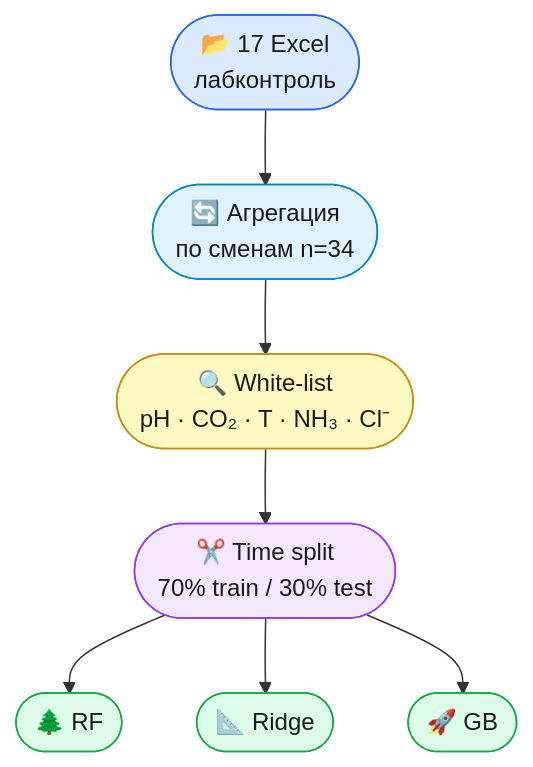
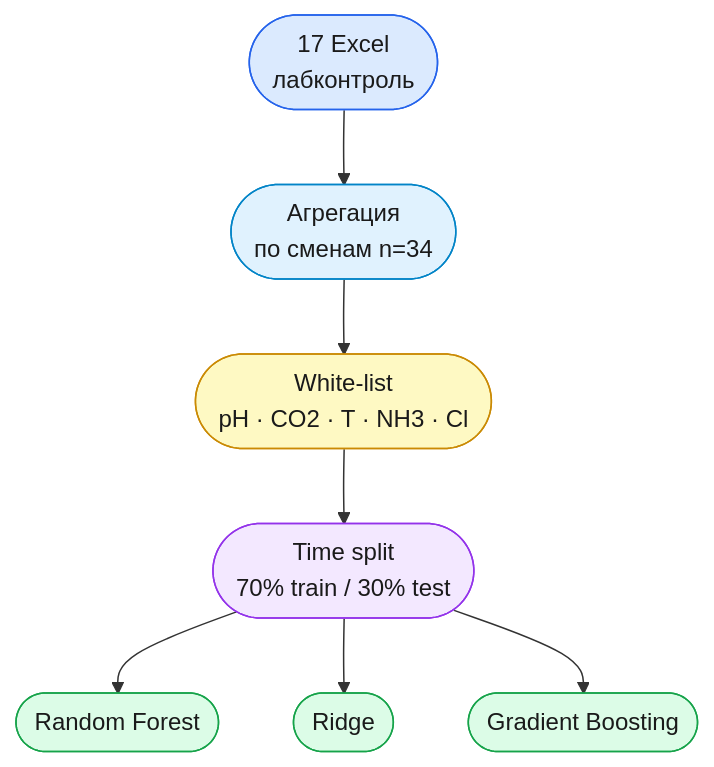
The second of 7 diagrams in README.md (Misha-42/soda-ml-carbonation-control), drawn with Mermaid before and after one commit. The commit also changed other lines of this file, not shown here.

````diff
--- a/README.md
+++ b/README.md
@@ -74,17 +78,17 @@
 ```mermaid
 flowchart TD
-    A([📂 17 Excel\nлабконтроль]) --> B([🔄 Агрегация\nпо сменам n=34])
-    B --> C([🔍 White-list\npH · CO₂ · T · NH₃ · Cl⁻])
-    C --> D([✂️ Time split\n70% train / 30% test])
-    D --> E([🌲 RF])
-    D --> F([📐 Ridge])
-    D --> G([🚀 GB])
+    A([17 Excel\nлабконтроль]) --> B([Агрегация\nпо сменам n=34])
+    B --> C([White-list\npH · CO2 · T · NH3 · Cl])
+    C --> D([Time split\n70% train / 30% test])
+    D --> E([Random Forest])
+    D --> F([Ridge])
+    D --> G([Gradient Boosting])
 
     style A fill:#dbeafe,stroke:#2563eb,color:#1a1a1a
     style B fill:#e0f2fe,stroke:#0284c7,color:#1a1a1a
     style C fill:#fef9c3,stroke:#ca8a04,color:#1a1a1a
     style D fill:#f3e8ff,stroke:#9333ea,color:#1a1a1a
     style E fill:#dcfce7,stroke:#16a34a,color:#1a1a1a
     style F fill:#dcfce7,stroke:#16a34a,color:#1a1a1a
     style G fill:#dcfce7,stroke:#16a34a,color:#1a1a1a
 ```
````
